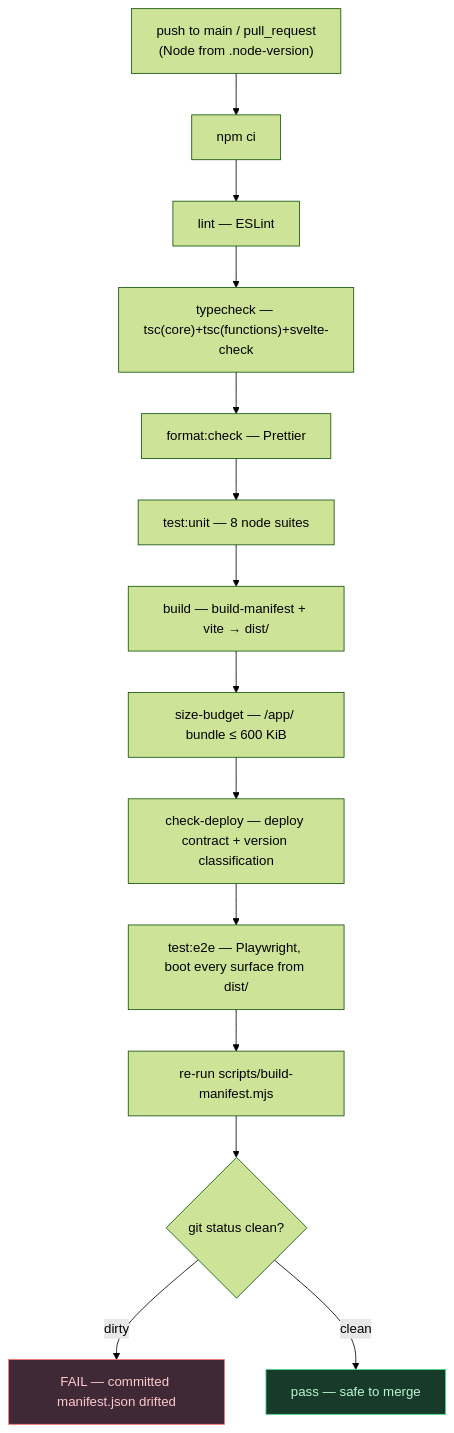
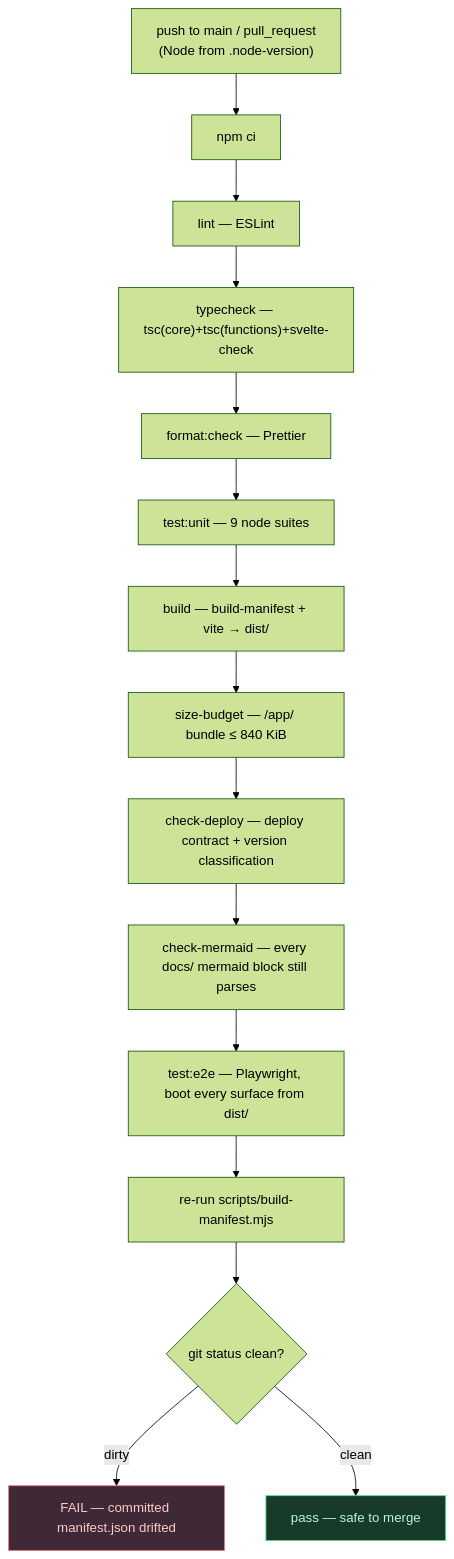
Before and after one commit to mitchGuthrieDev/blotterbook: the diagram in docs/architecture-diagrams/ci-pipeline.md, drawn with Mermaid (forest theme). The commit also changed other lines of this file and 16 other files, not shown here.

````diff
--- a/docs/architecture-diagrams/ci-pipeline.md
+++ b/docs/architecture-diagrams/ci-pipeline.md
@@ -9,19 +9,20 @@
 ```mermaid
 flowchart TD
     TRIG["push to main / pull_request<br/>(Node from .node-version)"] --> S1["npm ci"]
     S1 --> S2["lint — ESLint"]
     S2 --> S3["typecheck — tsc(core)+tsc(functions)+svelte-check"]
     S3 --> S4["format:check — Prettier"]
-    S4 --> S5["test:unit — 8 node suites"]
+    S4 --> S5["test:unit — 9 node suites"]
     S5 --> S6["build — build-manifest + vite → dist/"]
-    S6 --> S7["size-budget — /app/ bundle ≤ 600 KiB"]
+    S6 --> S7["size-budget — /app/ bundle ≤ 840 KiB"]
     S7 --> S8["check-deploy — deploy contract + version classification"]
-    S8 --> S9["test:e2e — Playwright, boot every surface from dist/"]
+    S8 --> S8B["check-mermaid — every docs/ mermaid block still parses"]
+    S8B --> S9["test:e2e — Playwright, boot every surface from dist/"]
     S9 --> S10["re-run scripts/build-manifest.mjs"]
     S10 --> GATE{"git status clean?"}
     GATE -->|"dirty"| FAIL["FAIL — committed manifest.json drifted"]
     GATE -->|"clean"| PASS["pass — safe to merge"]
 
     style FAIL fill:#3f2937,stroke:#f87171,color:#fecaca
     style PASS fill:#173a2a,stroke:#4ade80,color:#bbf7d0
 ```
````
